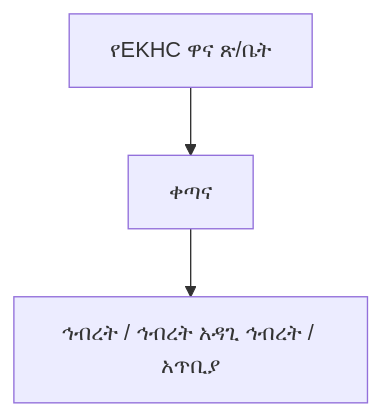
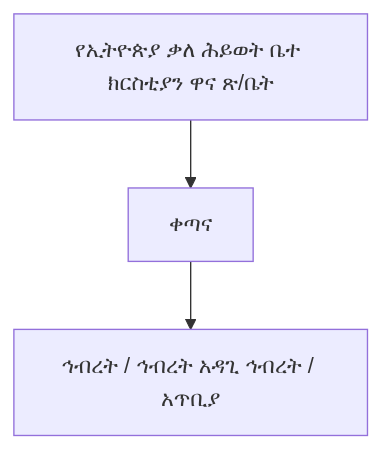
The first of 3 diagrams in docs/governance/maale-song-review-directive-am.md (akefadaka-git/ekhc-digital-platform), drawn with Mermaid before and after one commit. The commit also changed other lines of this file, not shown here.

````diff
--- a/docs/governance/maale-song-review-directive-am.md
+++ b/docs/governance/maale-song-review-directive-am.md
@@ -87,5 +86,5 @@
 ```mermaid
 flowchart TD
- A[የEKHC ዋና ጽ/ቤት] --> B[ቀጣና]
+ A[የኢትዮጵያ ቃለ ሕይወት ቤተ ክርስቲያን ዋና ጽ/ቤት] --> B[ቀጣና]
  B --> C[ኅብረት / ኅብረት አዳጊ ኅብረት / አጥቢያ]
 ```
````
